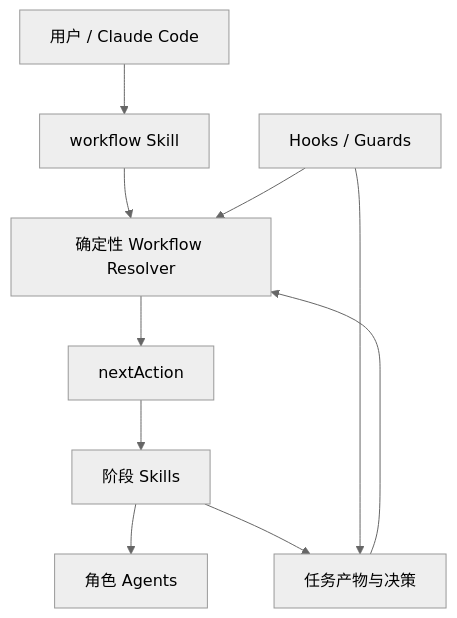
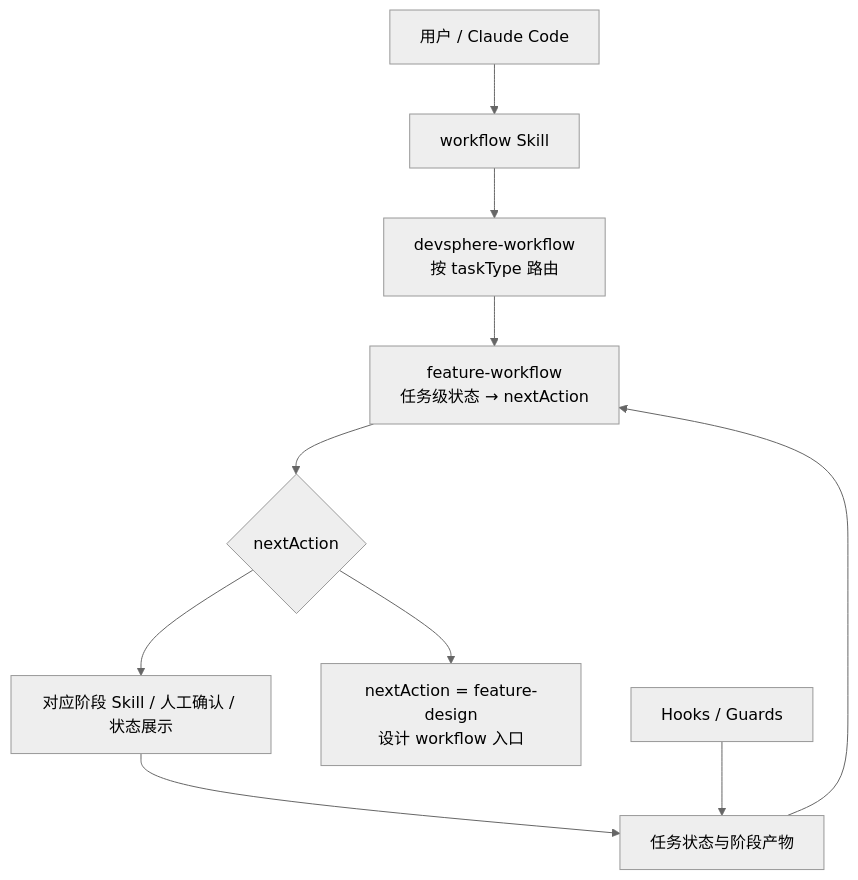
One commit to X1aoboo/scc-dev-sphere changed the second of 3 diagrams in README.md. Above: the diagram before and after it, drawn with Mermaid (neutral theme). The commit also changed other lines of this file, not shown here.

Commit message:
docs(readme): clarify layered workflow architecture

````diff
--- a/README.md
+++ b/README.md
@@ -52,12 +52,12 @@
 ```mermaid
 flowchart TB
   U[用户 / Claude Code] --> W[workflow Skill]
-  W --> R[确定性 Workflow Resolver]
-  R --> N[nextAction]
-  N --> S[阶段 Skills]
-  S --> A[角色 Agents]
-  S --> P[任务产物与决策]
+  W --> TR[devsphere-workflow<br/>按 taskType 路由]
+  TR --> FR[feature-workflow<br/>任务级状态 → nextAction]
+  FR --> NA{nextAction}
+  NA --> SS[对应阶段 Skill / 人工确认 / 状态展示]
+  NA --> FD[nextAction = feature-design<br/>设计 workflow 入口]
+  SS --> P[任务状态与阶段产物]
   H[Hooks / Guards] --> P
-  H --> R
-  P --> R
+  P --> FR
 ```
````
